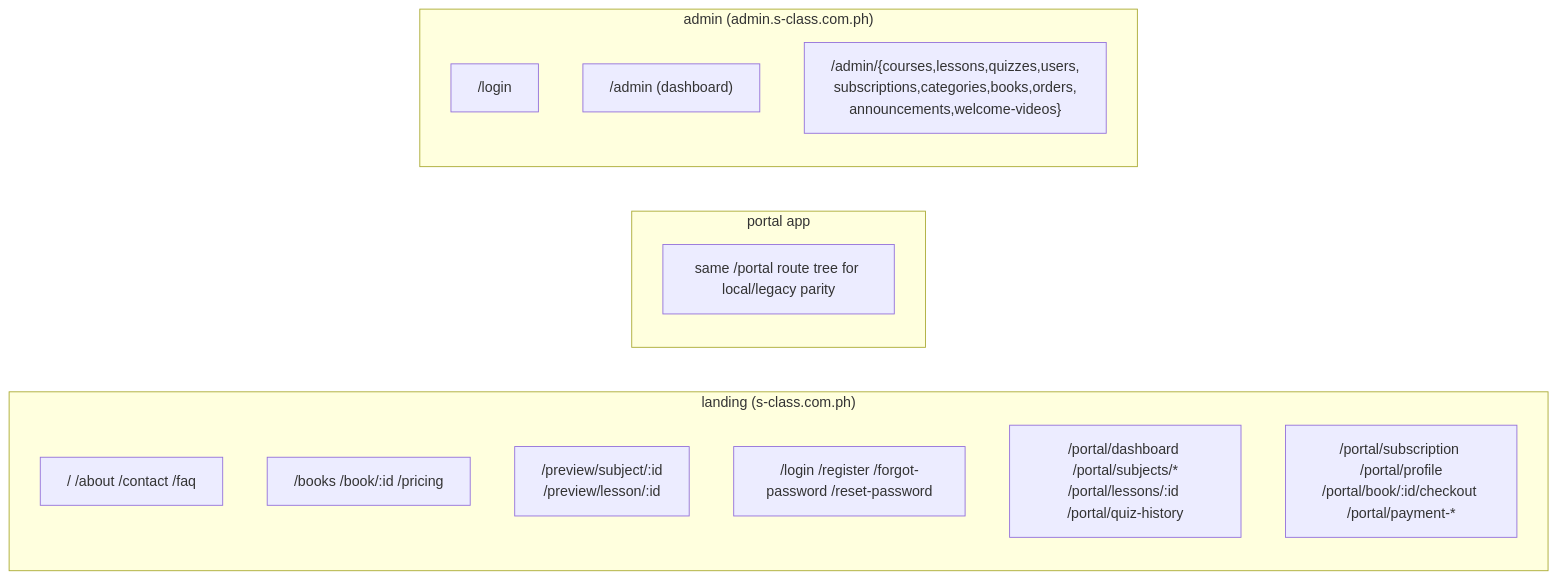
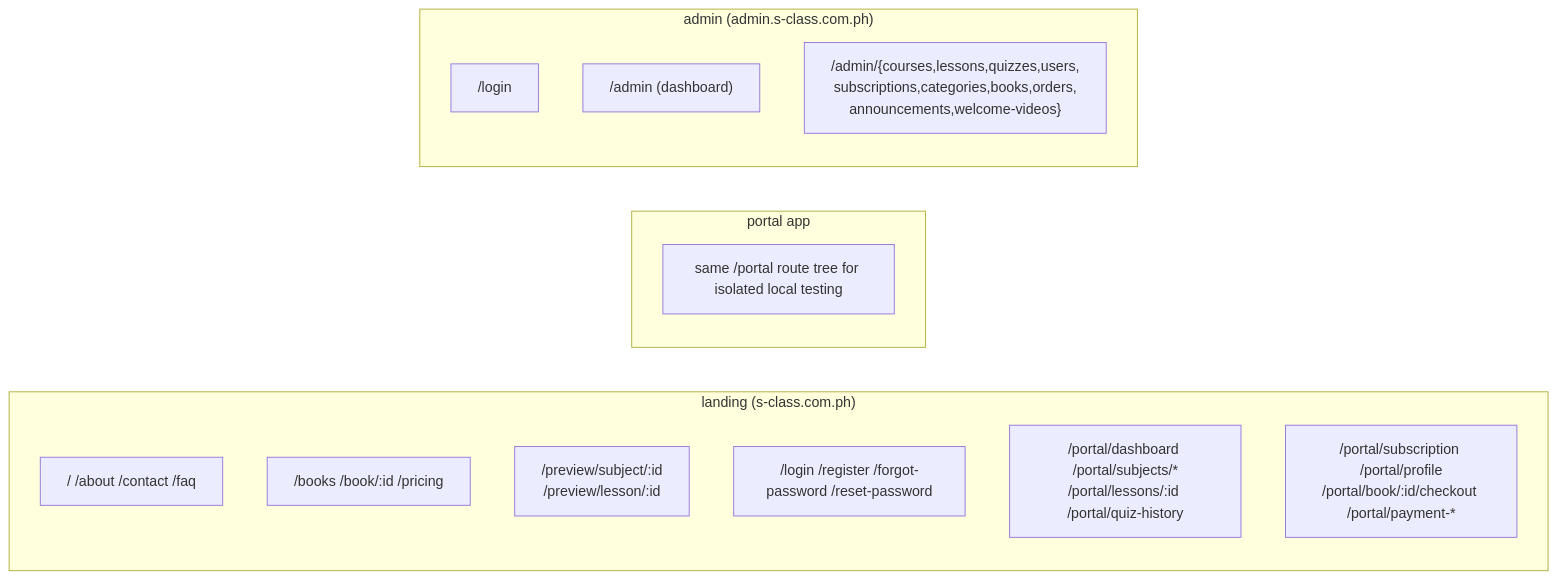
One commit to johnryAtienza/elearning-review-platform changed the first of 2 diagrams in docs/frontend-architecture.md. Above: the diagram before and after it, drawn with Mermaid. The commit also changed other lines of this file and 11 other files, not shown here.

Commit message:
docs: update architecture after retiring standalone portal deployment

````diff
--- a/docs/frontend-architecture.md
+++ b/docs/frontend-architecture.md
@@ -28,22 +30,22 @@
 ```mermaid
 flowchart LR
   subgraph landing["landing (s-class.com.ph)"]
     direction TB
     l1["/  /about /contact /faq"]
     l2["/books /book/:id /pricing"]
     l3["/preview/subject/:id<br/>/preview/lesson/:id"]
     l4["/login /register /forgot-password /reset-password"]
     l5["/portal/dashboard /portal/subjects/*<br/>/portal/lessons/:id /portal/quiz-history"]
     l6["/portal/subscription /portal/profile<br/>/portal/book/:id/checkout /portal/payment-*"]
   end
   subgraph portal["portal app"]
     direction TB
-    p1["same /portal route tree for local/legacy parity"]
+    p1["same /portal route tree for isolated local testing"]
   end
   subgraph admin["admin (admin.s-class.com.ph)"]
     direction TB
     a1["/login"]
     a2["/admin (dashboard)"]
     a3["/admin/{courses,lessons,quizzes,users,<br/>subscriptions,categories,books,orders,<br/>announcements,welcome-videos}"]
   end
 ```
````
